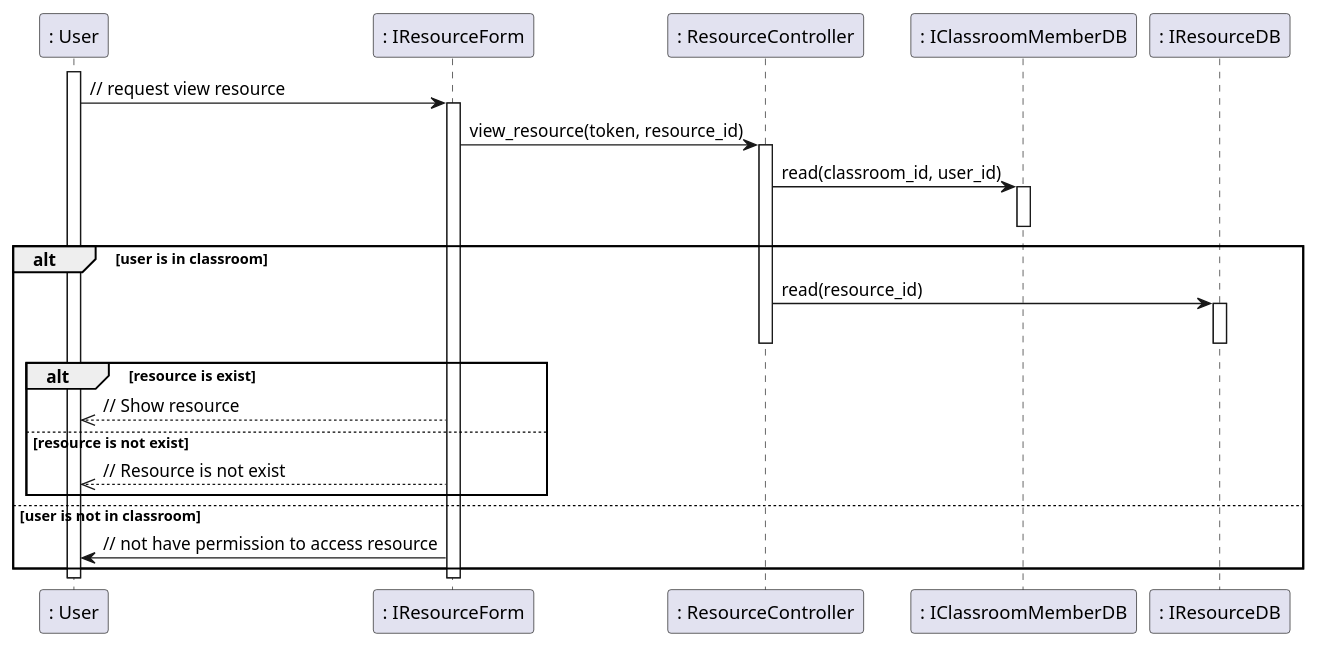
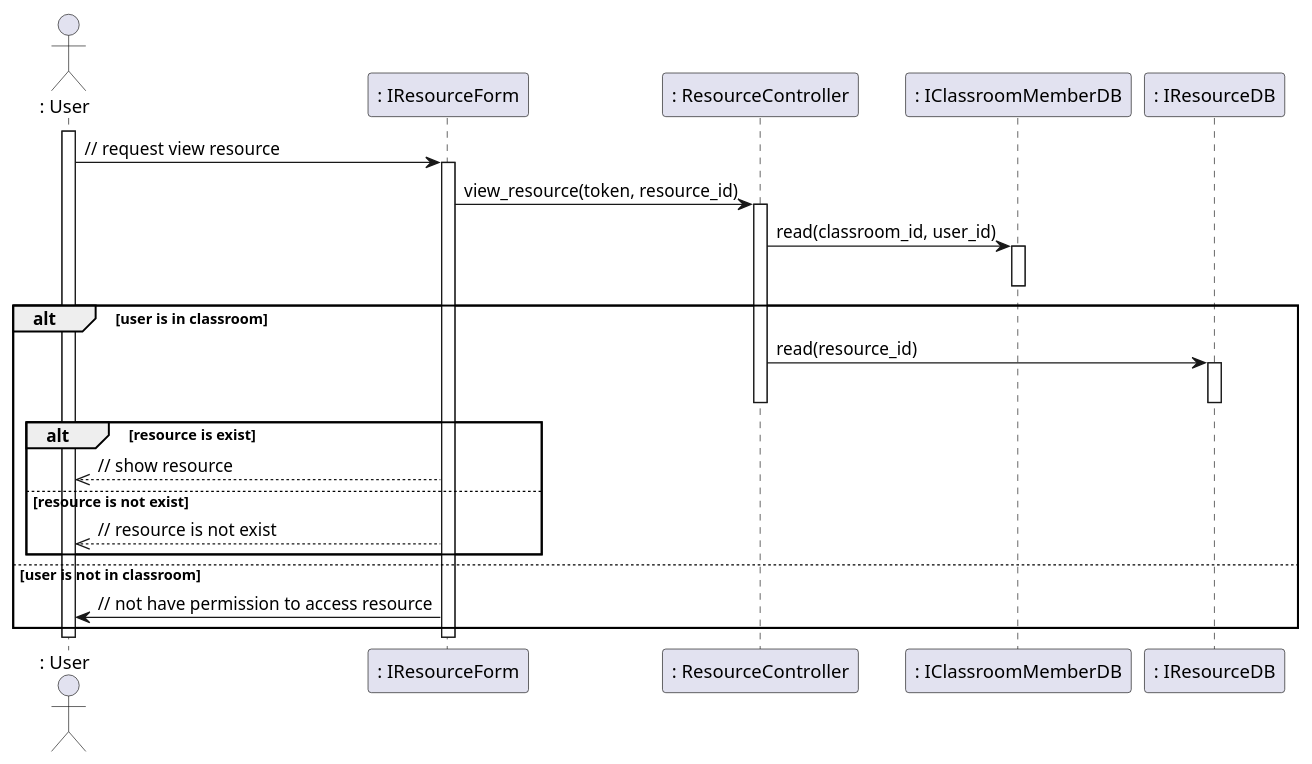
Before and after one commit to anonyhostvn/OOAD-Diagram: the diagram in sequence - design/resource/viewResource.plantuml, drawn with PlantUML. The commit also changed 7 other files, not shown here.

Commit message:
fix sequence design actor icon

```diff
--- a/sequence - design/resource/viewResource.plantuml
+++ b/sequence - design/resource/viewResource.plantuml
@@ -1,31 +1,32 @@
 @startuml viewResource
+actor ": User"
 
 activate ": User"
 
 ": User" -> ": IResourceForm": // request view resource
 activate ": IResourceForm"
 ": IResourceForm" -> ": ResourceController": view_resource(token, resource_id)
 activate ": ResourceController"
 ": ResourceController" -> ": IClassroomMemberDB": read(classroom_id, user_id)
 activate ": IClassroomMemberDB"
 deactivate ": IClassroomMemberDB"
 alt user is in classroom
     ": ResourceController" -> ": IResourceDB": read(resource_id)
     activate ": IResourceDB"
     deactivate ": IResourceDB"
     deactivate ": ResourceController"
     alt resource is exist
-        ": IResourceForm" -->> ": User": // Show resource
+        ": IResourceForm" -->> ": User": // show resource
     else resource is not exist
-        ": IResourceForm" -->> ": User": // Resource is not exist
+        ": IResourceForm" -->> ": User": // resource is not exist
     end
     
 else user is not in classroom
     ": IResourceForm" -> ": User": // not have permission to access resource
 end
 
 deactivate ": User"
 deactivate ": IResourceForm"
 
 
 @enduml
```
